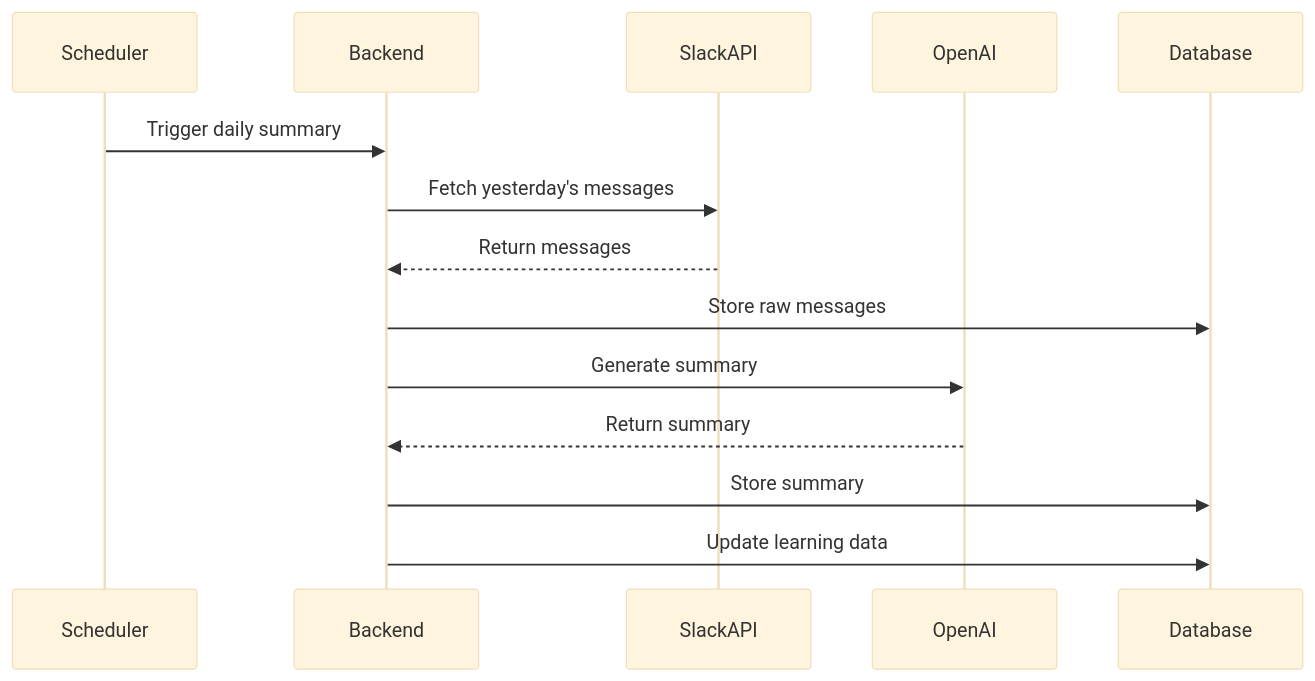
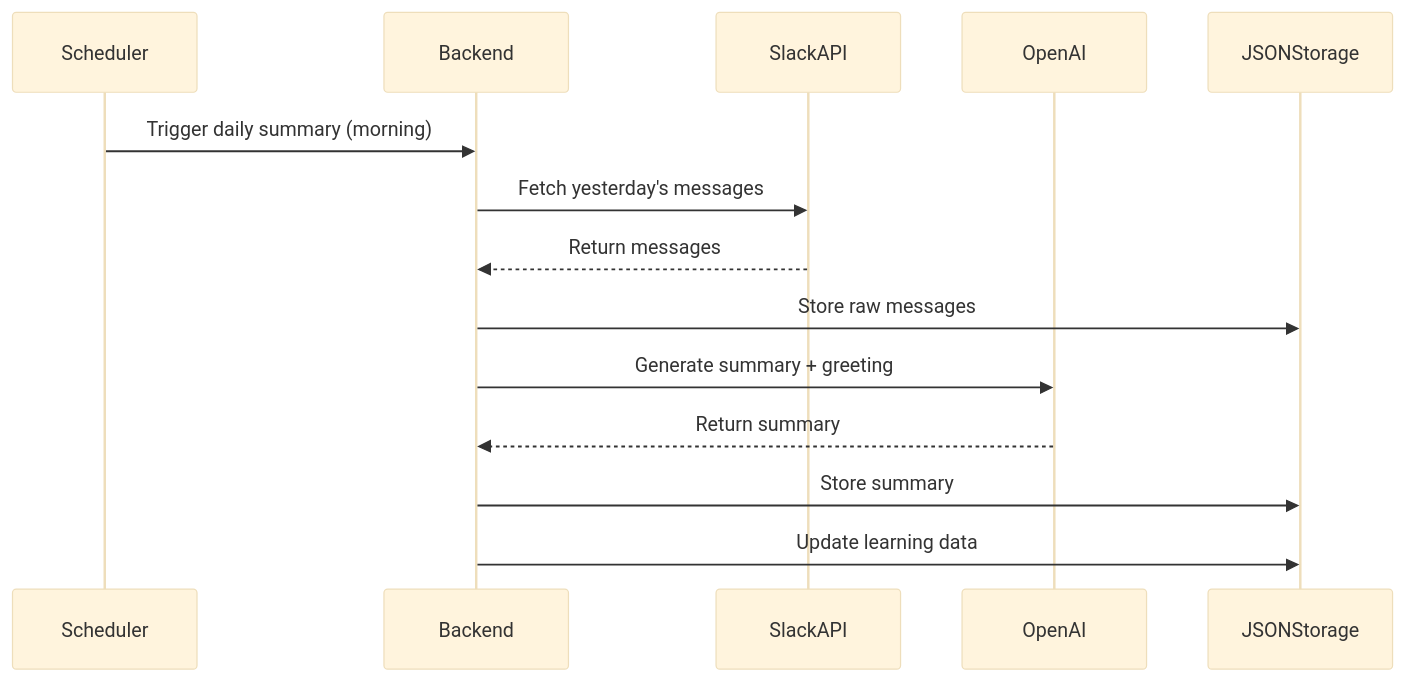
One commit to Bradshawrc93/newsroom-dashboard changed the diagram in TECHNICAL_SPECS.md. Above: the diagram before and after it, drawn with Mermaid (base theme). The commit also changed other lines of this file and 39 other files, not shown here.

````diff
--- a/TECHNICAL_SPECS.md
+++ b/TECHNICAL_SPECS.md
@@ -128,17 +180,17 @@
 ```mermaid
 sequenceDiagram
     participant Scheduler
     participant Backend
     participant SlackAPI
     participant OpenAI
-    participant Database
+    participant JSONStorage
     
-    Scheduler->>Backend: Trigger daily summary
+    Scheduler->>Backend: Trigger daily summary (morning)
     Backend->>SlackAPI: Fetch yesterday's messages
     SlackAPI-->>Backend: Return messages
-    Backend->>Database: Store raw messages
-    Backend->>OpenAI: Generate summary
+    Backend->>JSONStorage: Store raw messages
+    Backend->>OpenAI: Generate summary + greeting
     OpenAI-->>Backend: Return summary
-    Backend->>Database: Store summary
-    Backend->>Database: Update learning data
+    Backend->>JSONStorage: Store summary
+    Backend->>JSONStorage: Update learning data
 ```
````
